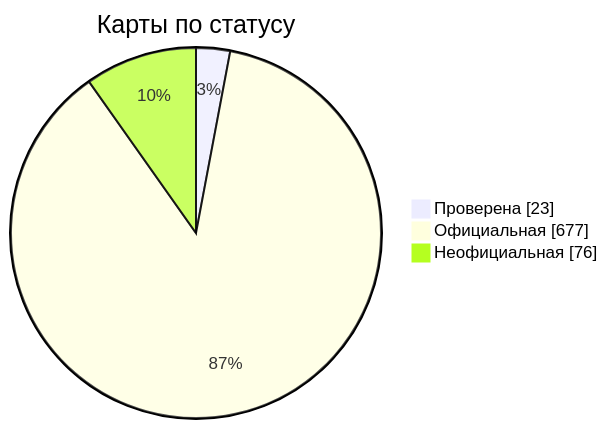
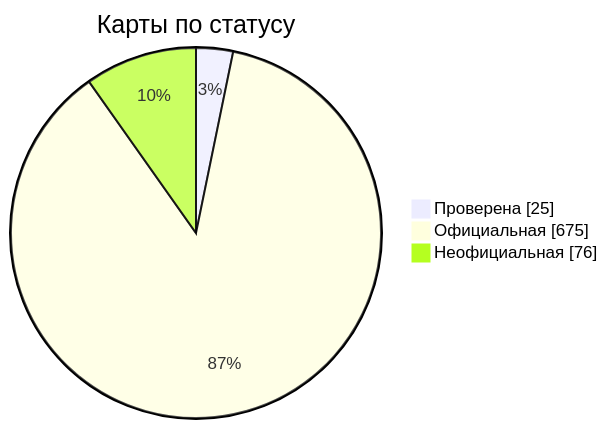
The diagram in docs/readme/README_RU.md (nobrega8/mbmap-library), drawn with Mermaid before and after one commit. The commit also changed 7 other files, not shown here.

````diff
--- a/docs/readme/README_RU.md
+++ b/docs/readme/README_RU.md
@@ -54,7 +54,7 @@
 ```mermaid
 pie showData
     title Карты по статусу
-    "Проверена" : 23
-    "Официальная" : 677
+    "Проверена" : 25
+    "Официальная" : 675
     "Неофициальная" : 76
 ```
````
